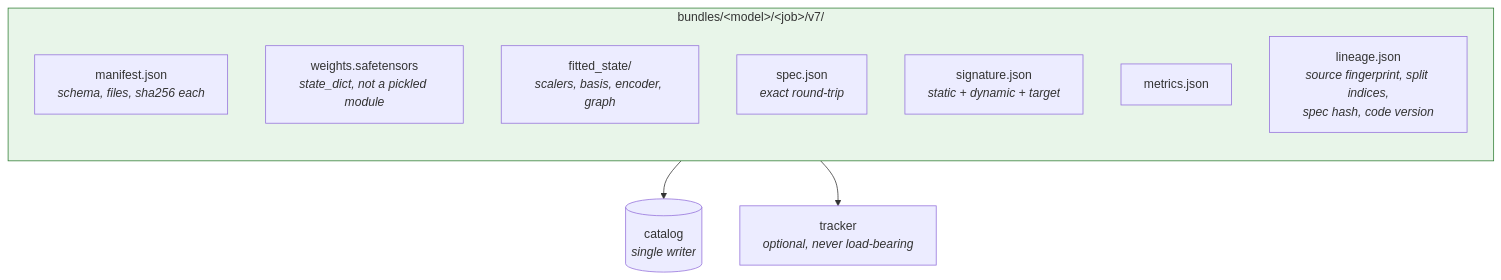
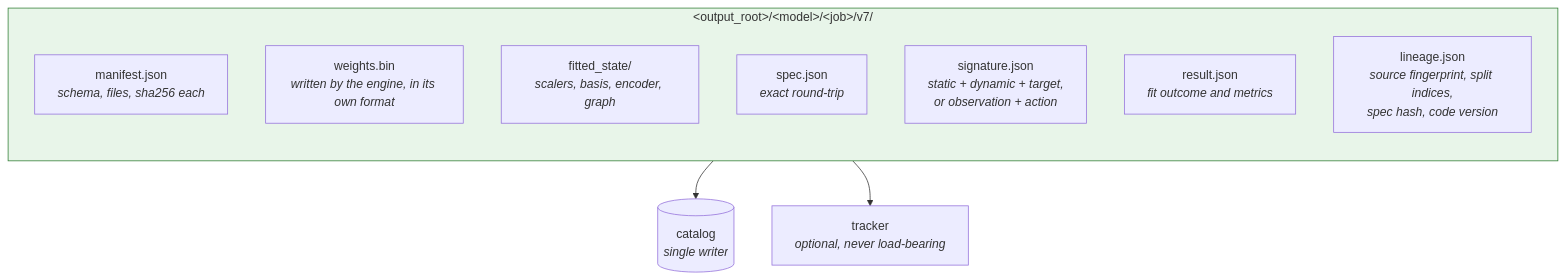
One commit to JStevens95/QuantStrata changed diagram 15 of 18 in src/rade_qnet/docs/ARCHITECTURE.md. Above: the diagram before and after it, drawn with Mermaid. The commit also changed other lines of this file and 2 other files, not shown here.

First line of the commit message:
Bring ARCHITECTURE.md up to date, and mark what is planned

````diff
--- a/src/rade_qnet/docs/ARCHITECTURE.md
+++ b/src/rade_qnet/docs/ARCHITECTURE.md
@@ -684,16 +807,16 @@
 ```mermaid
 flowchart TD
-    subgraph BUNDLE["bundles/&lt;model&gt;/&lt;job&gt;/v7/"]
+    subgraph BUNDLE["&lt;output_root&gt;/&lt;model&gt;/&lt;job&gt;/v7/"]
         direction TB
         M["manifest.json<br/><i>schema, files, sha256 each</i>"]
-        W["weights.safetensors<br/><i>state_dict, not a pickled module</i>"]
+        W["weights.bin<br/><i>written by the engine, in its own format</i>"]
         FS["fitted_state/<br/><i>scalers, basis, encoder, graph</i>"]
         SP["spec.json<br/><i>exact round-trip</i>"]
-        SG["signature.json<br/><i>static + dynamic + target</i>"]
-        ME["metrics.json"]
+        SG["signature.json<br/><i>static + dynamic + target,<br/>or observation + action</i>"]
+        ME["result.json<br/><i>fit outcome and metrics</i>"]
         LN["lineage.json<br/><i>source fingerprint, split indices,<br/>spec hash, code version</i>"]
     end
     BUNDLE --> CAT[("catalog<br/><i>single writer</i>")]
     BUNDLE --> TRK["tracker<br/><i>optional, never load-bearing</i>"]
     style BUNDLE fill:#e8f5e9,stroke:#2e7d32
 ```
````
